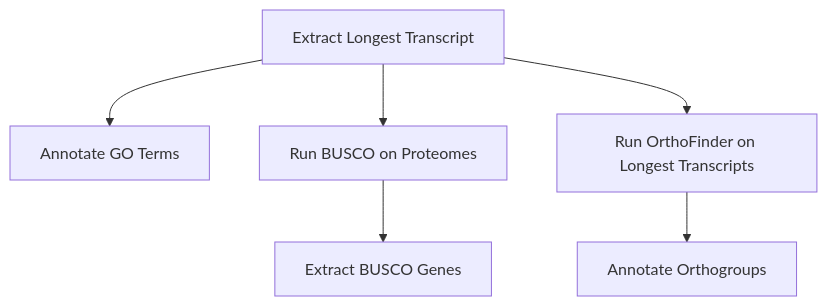
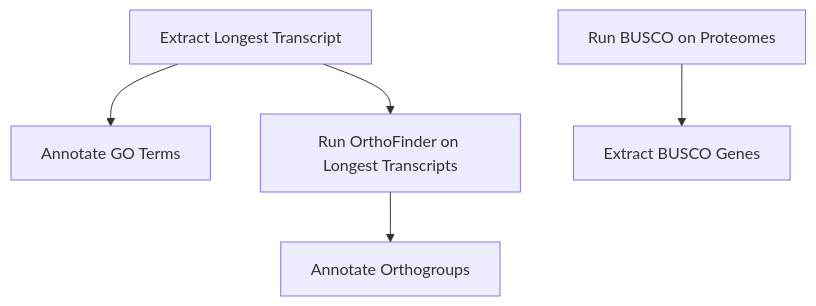
The diagram in README.md (connor122721/GeneFamilyEvolution), drawn with Mermaid before and after one commit. The commit also changed 7 other files, not shown here.

````diff
--- a/README.md
+++ b/README.md
@@ -7,8 +7,8 @@
 ```mermaid
 graph TD
     A[Extract Longest Transcript] --> B[Annotate GO Terms]
-    A --> C[Run BUSCO on Proteomes]
+    C[Run BUSCO on Proteomes]
     C --> D[Extract BUSCO Genes]
     A --> E[Run OrthoFinder on Longest Transcripts]
     E --> F[Annotate Orthogroups]
 ```
````
